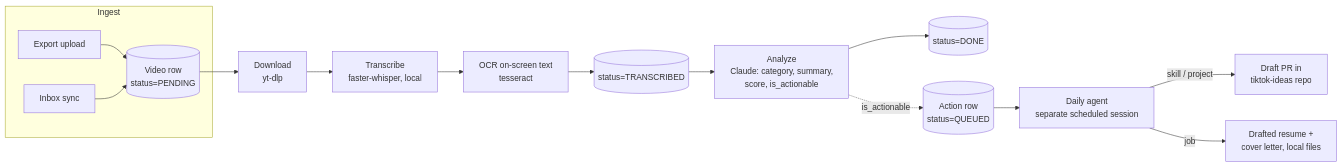
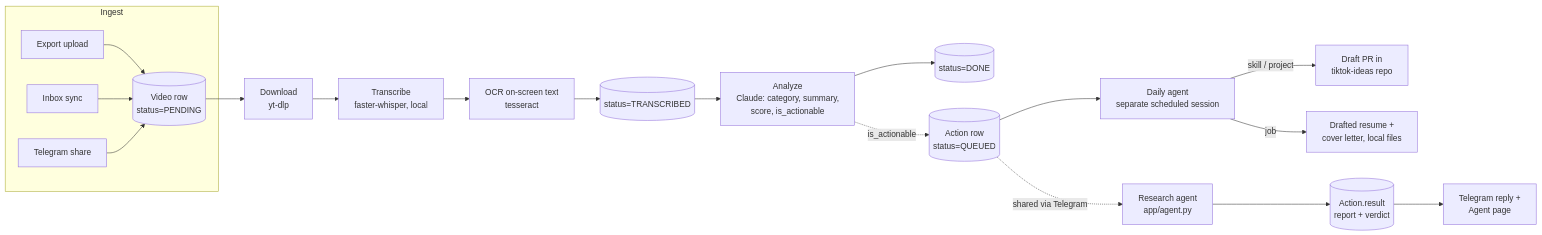
Before and after one commit to mattthomas7641/saved-video-intelligence: the first of 3 diagrams in ARCHITECTURE.md, drawn with Mermaid. The commit also changed other lines of this file and 22 other files, not shown here.

````diff
--- a/ARCHITECTURE.md
+++ b/ARCHITECTURE.md
@@ -16,20 +16,24 @@
 ```mermaid
 flowchart LR
     subgraph Ingest
         A1[Export upload] --> V[(Video row<br/>status=PENDING)]
         A2[Inbox sync] --> V
+        A3[Telegram share] --> V
     end
 
     V --> C1[Download<br/>yt-dlp]
     C1 --> C2[Transcribe<br/>faster-whisper, local]
     C2 --> C3[OCR on-screen text<br/>tesseract]
     C3 --> T[(status=TRANSCRIBED)]
 
     T --> AN[Analyze<br/>Claude: category, summary,<br/>score, is_actionable]
     AN --> D[(status=DONE)]
     AN -. is_actionable .-> AQ[(Action row<br/>status=QUEUED)]
 
     AQ --> AG[Daily agent<br/>separate scheduled session]
     AG -->|skill / project| PR[Draft PR in<br/>tiktok-ideas repo]
     AG -->|job| JD[Drafted resume +<br/>cover letter, local files]
+    AQ -. shared via Telegram .-> RA[Research agent<br/>app/agent.py]
+    RA --> RP[(Action.result<br/>report + verdict)]
+    RP --> TG[Telegram reply +<br/>Agent page]
 ```
````
